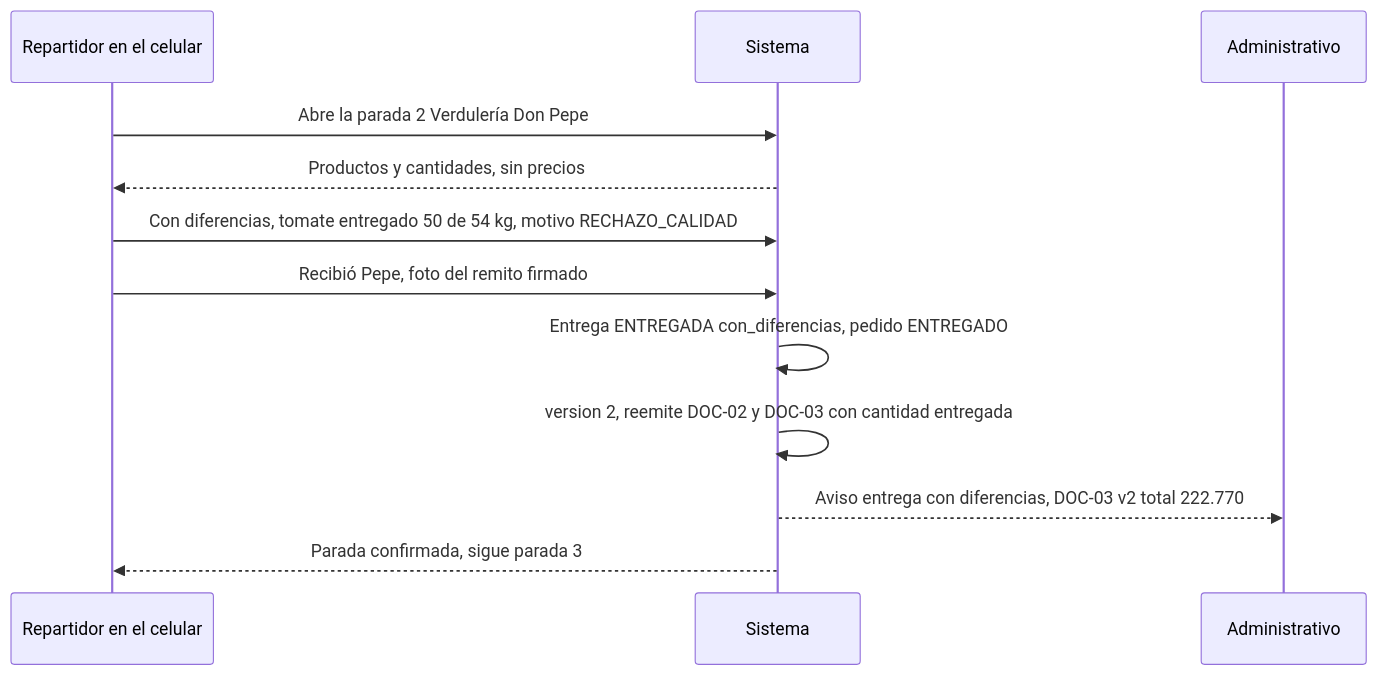
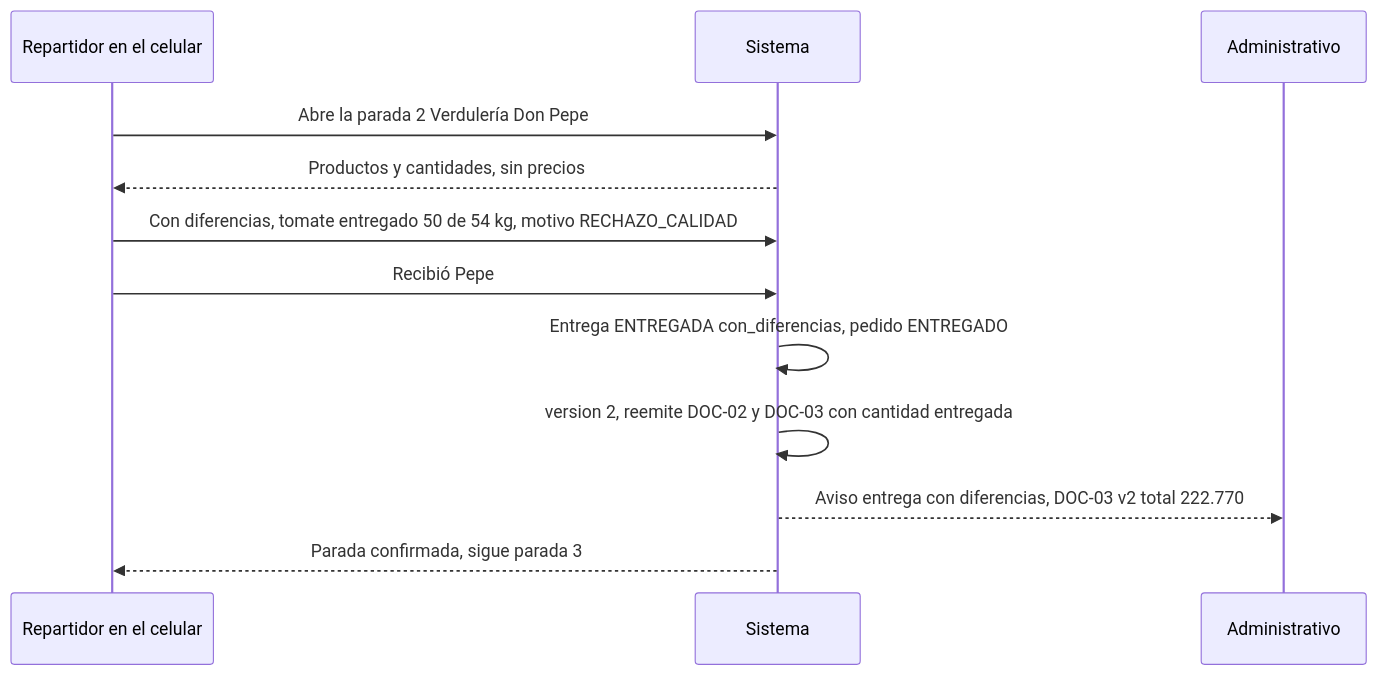
Before and after one commit to Facumirande/sistema-juan: the seventh of 8 diagrams in docs/plan/04-procesos-y-flujos.md, drawn with Mermaid. The commit also changed other lines of this file and 66 other files, not shown here.

````diff
--- a/docs/plan/04-procesos-y-flujos.md
+++ b/docs/plan/04-procesos-y-flujos.md
@@ -847,14 +847,14 @@
 ```mermaid
 sequenceDiagram
     participant R as Repartidor en el celular
     participant S as Sistema
     participant A as Administrativo
     R->>S: Abre la parada 2 Verdulería Don Pepe
     S-->>R: Productos y cantidades, sin precios
     R->>S: Con diferencias, tomate entregado 50 de 54 kg, motivo RECHAZO_CALIDAD
-    R->>S: Recibió Pepe, foto del remito firmado
+    R->>S: Recibió Pepe
     S->>S: Entrega ENTREGADA con_diferencias, pedido ENTREGADO
     S->>S: version 2, reemite DOC-02 y DOC-03 con cantidad entregada
     S-->>A: Aviso entrega con diferencias, DOC-03 v2 total 222.770
     S-->>R: Parada confirmada, sigue parada 3
 ```
````
